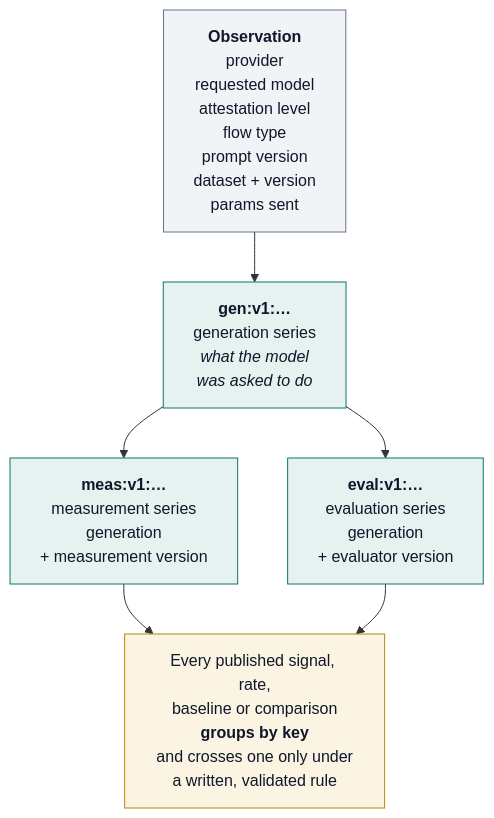
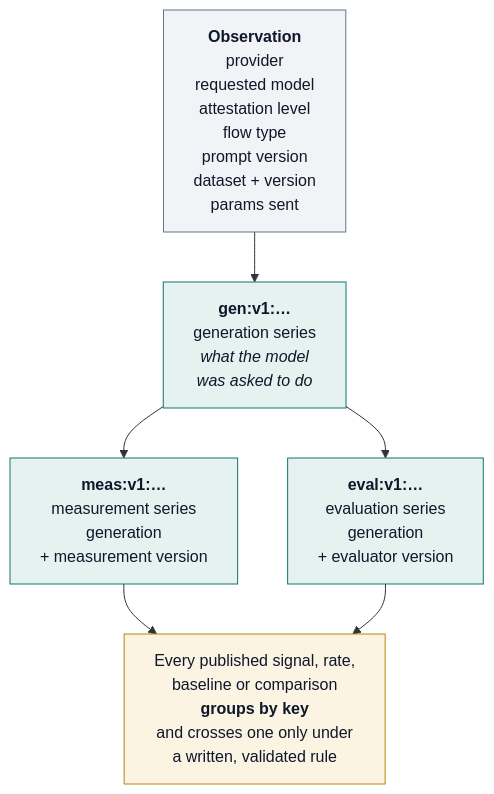
One commit to neomundi-io/neomundi-station-public changed the third of 3 diagrams in ARCHITECTURE.md. Above: the diagram before and after it, drawn with Mermaid.

Commit message:
docs(architecture): give the key diagram room so a field is not split in two

````diff
--- a/ARCHITECTURE.md
+++ b/ARCHITECTURE.md
@@ -443,25 +443,26 @@
 ```mermaid
+%%{init: {"flowchart": {"wrappingWidth": 300}} }%%
 flowchart TB
   OBS["<b>Observation</b><br/>provider<br/>requested model<br/>attestation level<br/>flow type<br/>prompt version<br/>dataset + version<br/>params sent"]
 
   GEN["<b>gen:v1:…</b><br/>generation series<br/><i>what the model</i><br/><i>was asked to do</i>"]
 
   MEAS["<b>meas:v1:…</b><br/>measurement series<br/>generation<br/>+ measurement version"]
   EVAL["<b>eval:v1:…</b><br/>evaluation series<br/>generation<br/>+ evaluator version"]
 
   OUT["Every published signal, rate,<br/>baseline or comparison<br/><b>groups by key</b><br/>and crosses one only under<br/>a written, validated rule"]
 
   OBS --> GEN
   GEN --> MEAS
   GEN --> EVAL
   MEAS --> OUT
   EVAL --> OUT
 
   classDef source fill:#f1f3f6,stroke:#64748b,stroke-width:1px,color:#0f172a
   classDef key fill:#e6f2f0,stroke:#0f766e,stroke-width:1px,color:#0f172a
   classDef rule fill:#fbf4e3,stroke:#b8860b,stroke-width:1px,color:#0f172a
 
   class OBS source
   class GEN,MEAS,EVAL key
   class OUT rule
 ```
````
